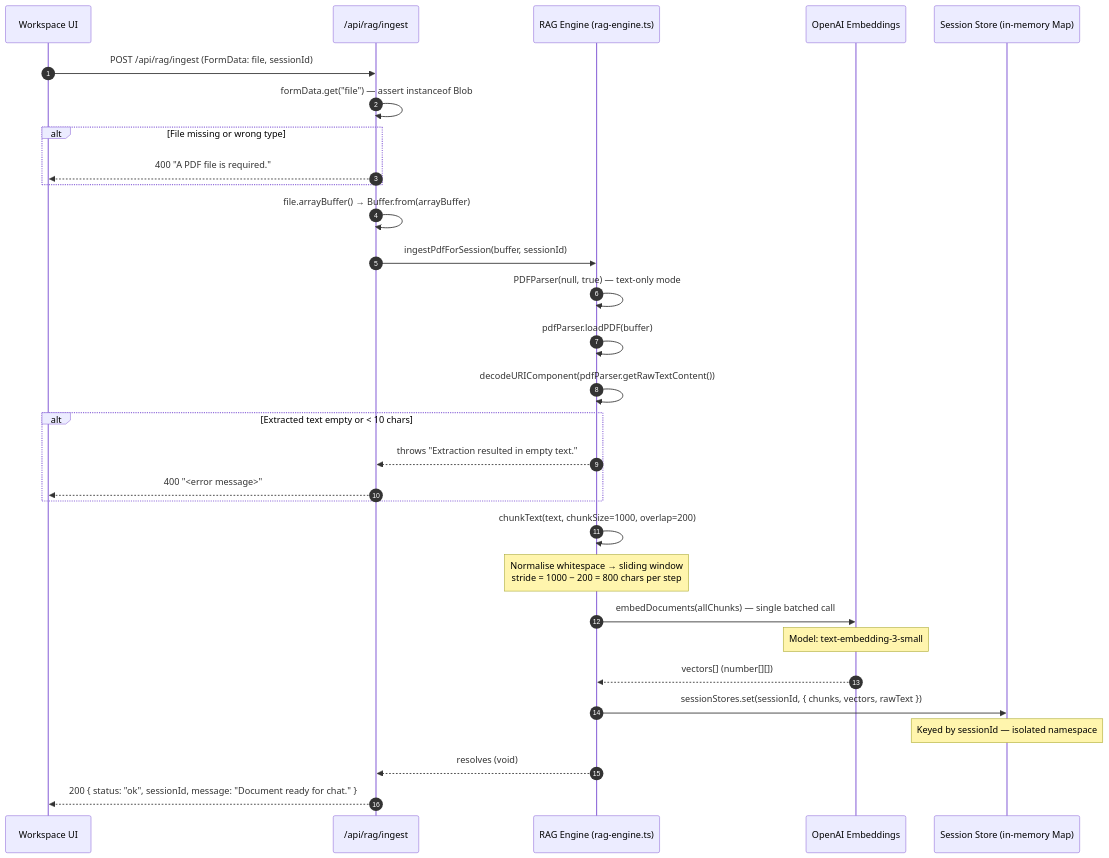
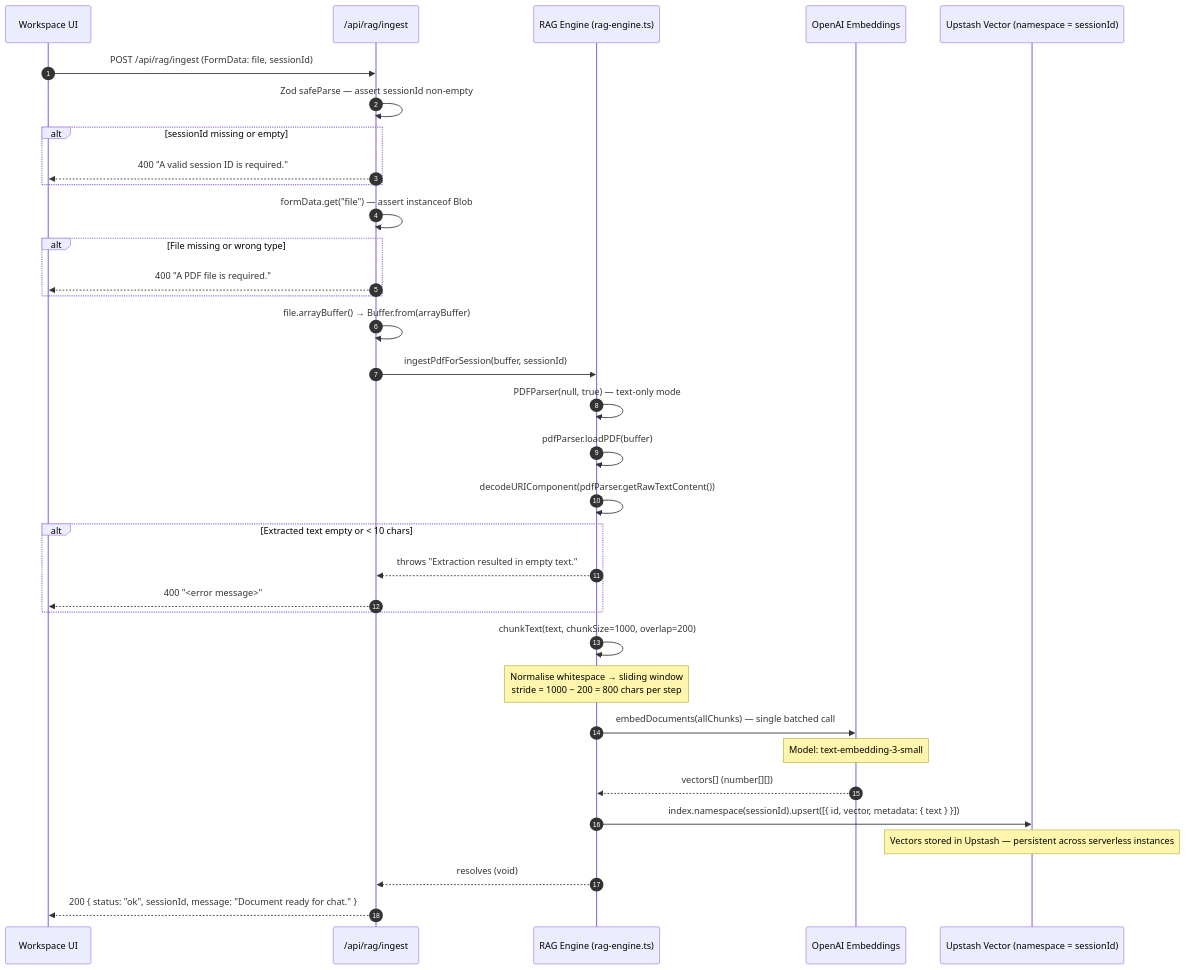
Before and after one commit to GeorgianaAI/documind-ai: the first of 4 diagrams in docs/ARCHITECTURE_FLOWS.md, drawn with Mermaid. The commit also changed other lines of this file and 5 other files, not shown here.

First line of the commit message:
docs: update all hardening docs — CLAUDE.md, README, arch flows, roadmap, advisory

````diff
--- a/docs/ARCHITECTURE_FLOWS.md
+++ b/docs/ARCHITECTURE_FLOWS.md
@@ -56,40 +56,45 @@
 ```mermaid
 sequenceDiagram
 autonumber
 participant UI as Workspace UI
 participant IN as /api/rag/ingest
 participant RAG as RAG Engine (rag-engine.ts)
 participant OAI as OpenAI Embeddings
-participant SS as Session Store (in-memory Map)
+participant SS as Upstash Vector (namespace = sessionId)
 
 UI->>IN: POST /api/rag/ingest (FormData: file, sessionId)
+
+IN->>IN: Zod safeParse — assert sessionId non-empty
+alt sessionId missing or empty
+  IN-->>UI: 400 "A valid session ID is required."
+end
 
 IN->>IN: formData.get("file") — assert instanceof Blob
 alt File missing or wrong type
   IN-->>UI: 400 "A PDF file is required."
 end
 
 IN->>IN: file.arrayBuffer() → Buffer.from(arrayBuffer)
 IN->>RAG: ingestPdfForSession(buffer, sessionId)
 
 RAG->>RAG: PDFParser(null, true) — text-only mode
 RAG->>RAG: pdfParser.loadPDF(buffer)
 RAG->>RAG: decodeURIComponent(pdfParser.getRawTextContent())
 alt Extracted text empty or < 10 chars
   RAG-->>IN: throws "Extraction resulted in empty text."
   IN-->>UI: 400 "<error message>"
 end
 
 RAG->>RAG: chunkText(text, chunkSize=1000, overlap=200)
 Note over RAG: Normalise whitespace → sliding window<br/>stride = 1000 − 200 = 800 chars per step
 
 RAG->>OAI: embedDocuments(allChunks) — single batched call
 Note over OAI: Model: text-embedding-3-small
 OAI-->>RAG: vectors[] (number[][])
 
-RAG->>SS: sessionStores.set(sessionId, { chunks, vectors, rawText })
-Note over SS: Keyed by sessionId — isolated namespace
+RAG->>SS: index.namespace(sessionId).upsert([{ id, vector, metadata: { text } }])
+Note over SS: Vectors stored in Upstash — persistent across serverless instances
 
 RAG-->>IN: resolves (void)
 IN-->>UI: 200 { status: "ok", sessionId, message: "Document ready for chat." }
 ```
````
